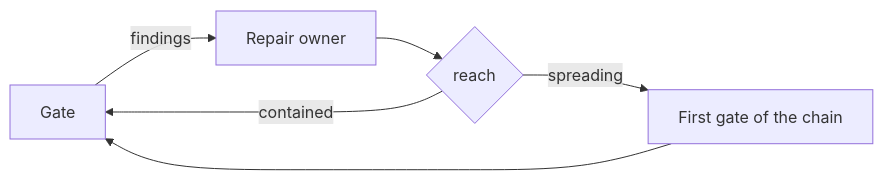
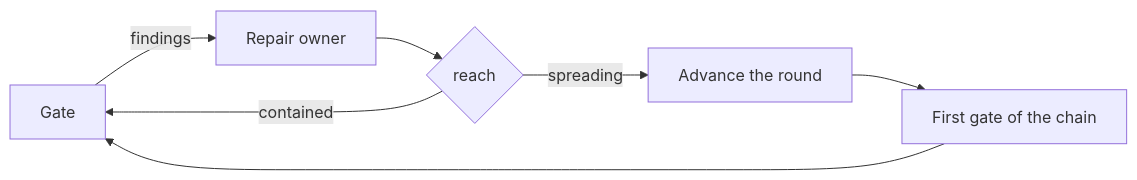
One commit to moira-mcp/moira changed the diagram in packages/docs/src/content/docs/docs/patterns/repair-reach.mdx. Above: the diagram before and after it, drawn with Mermaid. The commit also changed other lines of this file and 7 other files, not shown here.

````diff
--- a/packages/docs/src/content/docs/docs/patterns/repair-reach.mdx
+++ b/packages/docs/src/content/docs/docs/patterns/repair-reach.mdx
@@ -19,8 +19,9 @@
 ```mermaid
 flowchart LR
     G[Gate] -->|findings| R[Repair owner]
     R --> C{reach}
     C -->|contained| G
-    C -->|spreading| V[First gate of the chain]
+    C -->|spreading| A[Advance the round]
+    A --> V[First gate of the chain]
     V --> G
 ```
````
